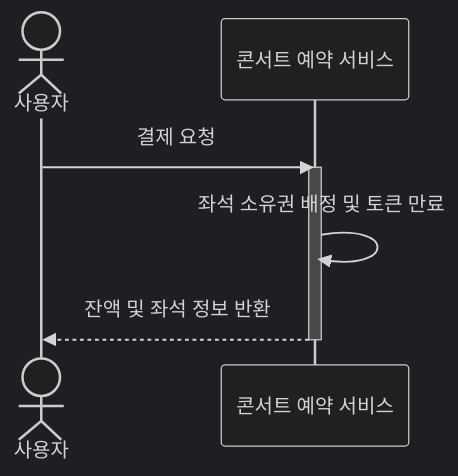
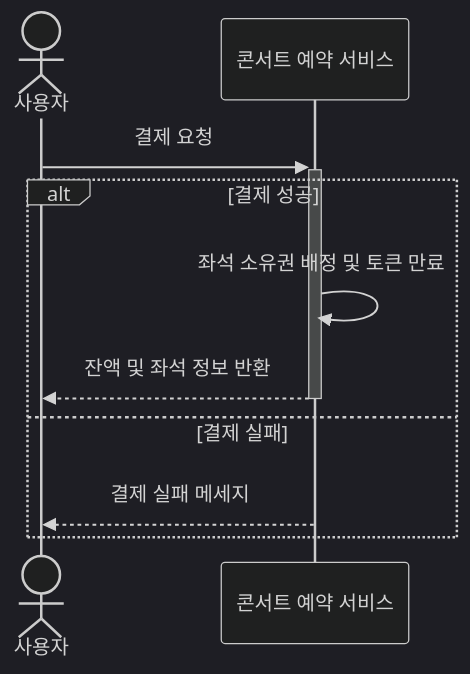
The fifth of 5 diagrams in README.md (wsdf25867/booking), drawn with Mermaid (dark theme) before and after one commit. The commit also changed other lines of this file, not shown here.

Commit message:
docs(README): 시퀀스다이어그램 activate -> + 문법 적용

````diff
--- a/README.md
+++ b/README.md
@@ -107,11 +105,14 @@
 ```mermaid
 sequenceDiagram
     actor User as 사용자
     participant Service as 콘서트 예약 서비스
     
-    User->>Service: 결제 요청
-    activate Service
+    User->>+Service: 결제 요청
+    alt 결제 성공
     Service->>Service: 좌석 소유권 배정 및 토큰 만료
-    Service-->>User: 잔액 및 좌석 정보 반환
-    deactivate Service
+    Service-->>-User: 잔액 및 좌석 정보 반환
+    else 결제 실패
+    Service-->>User: 결제 실패 메세지
+    end
+    
 ```
````
